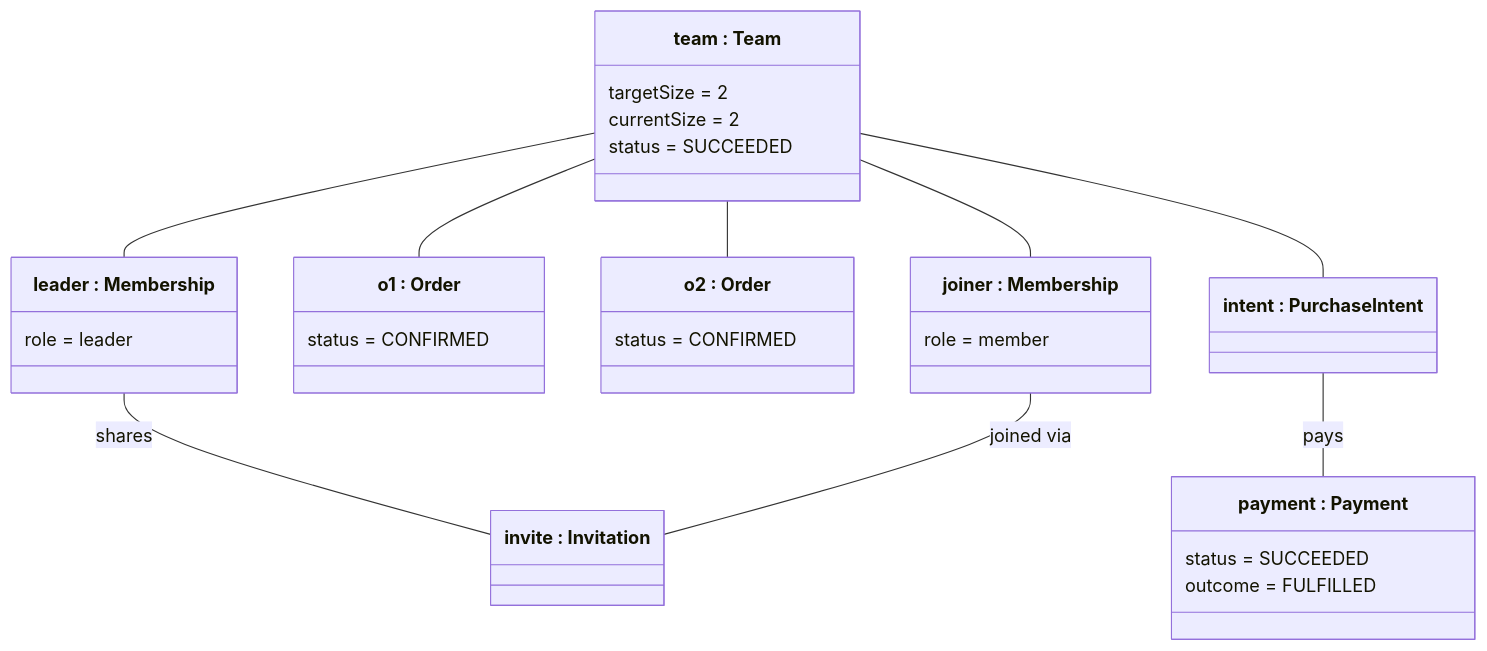
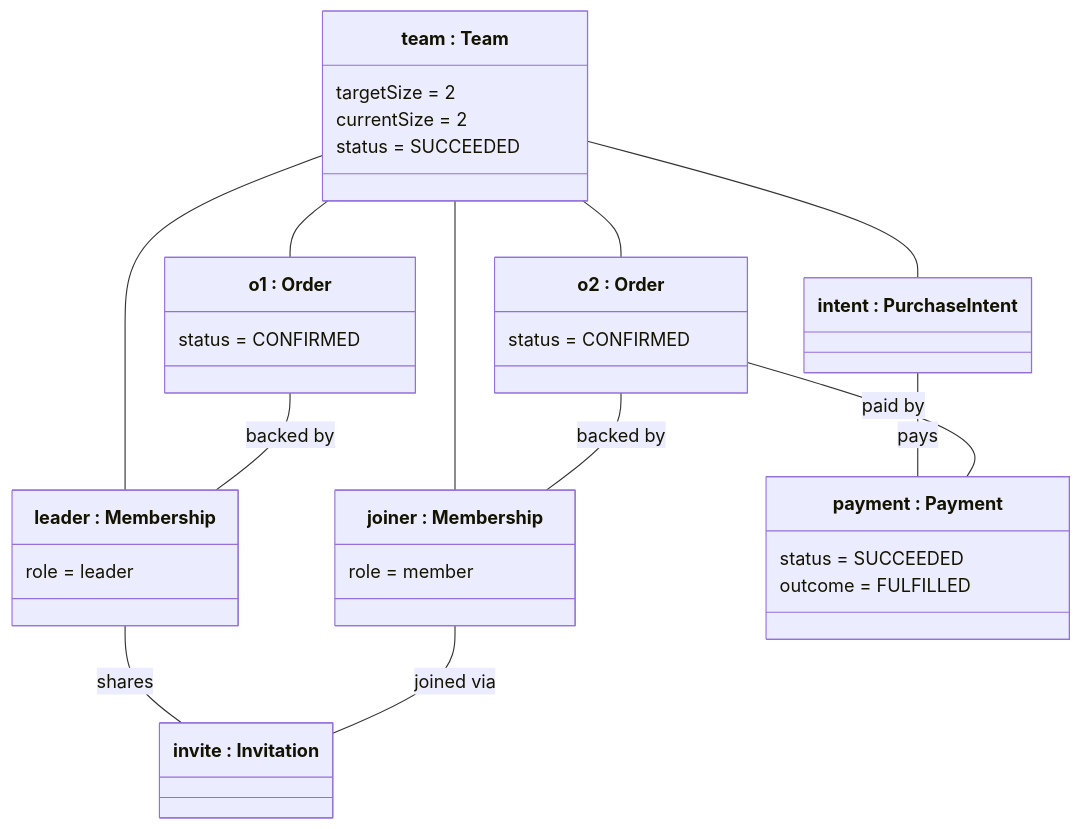
Before and after one commit to PPsyrius/iss-groupbuy-team8: the diagram in docs/swe5001/report/diagrams/appendix-a/src/a-uc04-od-filled.mmd, drawn with Mermaid. The commit also changed 31 other files, not shown here.

First line of the commit message:
docs(report): correct the source-book diagrams the main body reuses (#462)

```diff
--- a/docs/swe5001/report/diagrams/appendix-a/src/a-uc04-od-filled.mmd
+++ b/docs/swe5001/report/diagrams/appendix-a/src/a-uc04-od-filled.mmd
@@ -1,43 +1,46 @@
 %% frame: UC4 the moment the last seat fills (analysis objects)
 classDiagram
     class leader["leader : Membership"] {
         role = leader
     }
     class o1["o1 : Order"] {
         status = CONFIRMED
     }
     class o2["o2 : Order"] {
         status = CONFIRMED
     }
     class invite["invite : Invitation"] {
     }
     class team["team : Team"] {
         targetSize = 2
         currentSize = 2
         status = SUCCEEDED
     }
     class intent["intent : PurchaseIntent"] {
     }
     class joiner["joiner : Membership"] {
         role = member
     }
     class payment["payment : Payment"] {
         status = SUCCEEDED
         outcome = FULFILLED
     }
-%% at leader 0,0
-%% at o1 1,0
-%% at o2 2,0
-%% at invite 0,1
+%% at o1 0,0
+%% at leader 1,0
+%% at invite 2,0
+%% at intent 0,1
 %% at team 1,1
-%% at intent 2,1
-%% at joiner 1,2
-%% at payment 2,2
+%% at joiner 2,1
+%% at payment 0,2
+%% at o2 1,2
     team -- leader
     team -- o1
     team -- o2
     team -- intent
     team -- joiner
     intent -- payment : pays
     leader -- invite : shares
     joiner -- invite : joined via
+    o1 -- leader : backed by
+    o2 -- joiner : backed by
+    o2 -- payment : paid by
```
